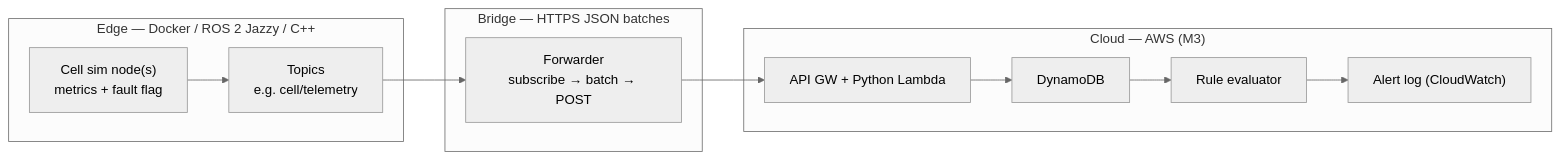
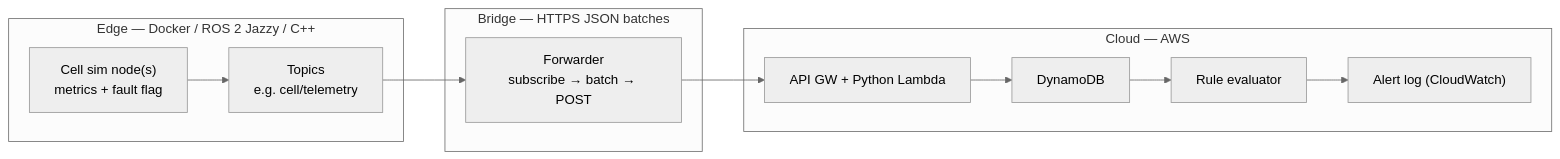
Before and after one commit to jurmanec/ros2-cell-telemetry-bridge: the diagram in docs/ARCHITECTURE.md, drawn with Mermaid (neutral theme). The commit also changed other lines of this file and 14 other files, not shown here.

````diff
--- a/docs/ARCHITECTURE.md
+++ b/docs/ARCHITECTURE.md
@@ -19,22 +19,22 @@
 ```mermaid
 flowchart LR
   subgraph edge ["Edge — Docker / ROS 2 Jazzy / C++"]
     Sim["Cell sim node(s)\nmetrics + fault flag"]
     Topics["Topics\ne.g. cell/telemetry"]
     Sim --> Topics
   end
 
   subgraph bridge ["Bridge — HTTPS JSON batches"]
     Fwd["Forwarder\nsubscribe → batch → POST"]
   end
 
-  subgraph cloud ["Cloud — AWS (M3)"]
+  subgraph cloud ["Cloud — AWS"]
     Ingest["API GW + Python Lambda"]
     Store["DynamoDB"]
     Rules["Rule evaluator"]
     Alert["Alert log (CloudWatch)"]
     Ingest --> Store --> Rules --> Alert
   end
 
   Topics --> Fwd --> Ingest
 ```
````
